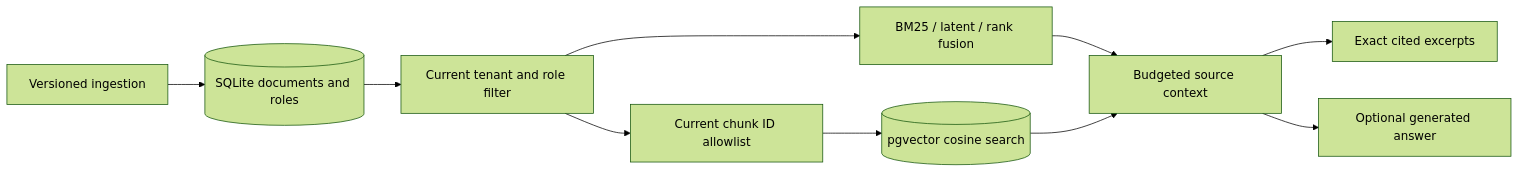
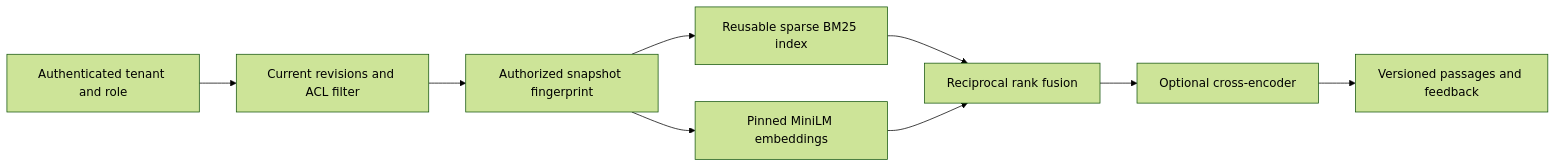
One commit to christianwhollar/evidence-workbench changed the diagram in README.md. Above: the diagram before and after it, drawn with Mermaid (forest theme). The commit also changed other lines of this file and 36 other files, not shown here.

````diff
--- a/README.md
+++ b/README.md
@@ -23,12 +34,11 @@
 ```mermaid
 flowchart LR
-    Ingest[Versioned ingestion] --> Docs[(SQLite documents and roles)]
-    Docs --> ACL[Current tenant and role filter]
-    ACL --> Local[BM25 / latent / rank fusion]
-    ACL --> Allowlist[Current chunk ID allowlist]
-    Allowlist --> Vector[(pgvector cosine search)]
-    Local --> Context[Budgeted source context]
-    Vector --> Context
-    Context --> Excerpts[Exact cited excerpts]
-    Context --> LLM[Optional generated answer]
+  Caller[Authenticated tenant and role] --> ACL[Current revisions and ACL filter]
+  ACL --> Snapshot[Authorized snapshot fingerprint]
+  Snapshot --> BM25[Reusable sparse BM25 index]
+  Snapshot --> Dense[Pinned MiniLM embeddings]
+  BM25 --> RRF[Reciprocal rank fusion]
+  Dense --> RRF
+  RRF --> Rerank[Optional cross-encoder]
+  Rerank --> Evidence[Versioned passages and feedback]
 ```
````
